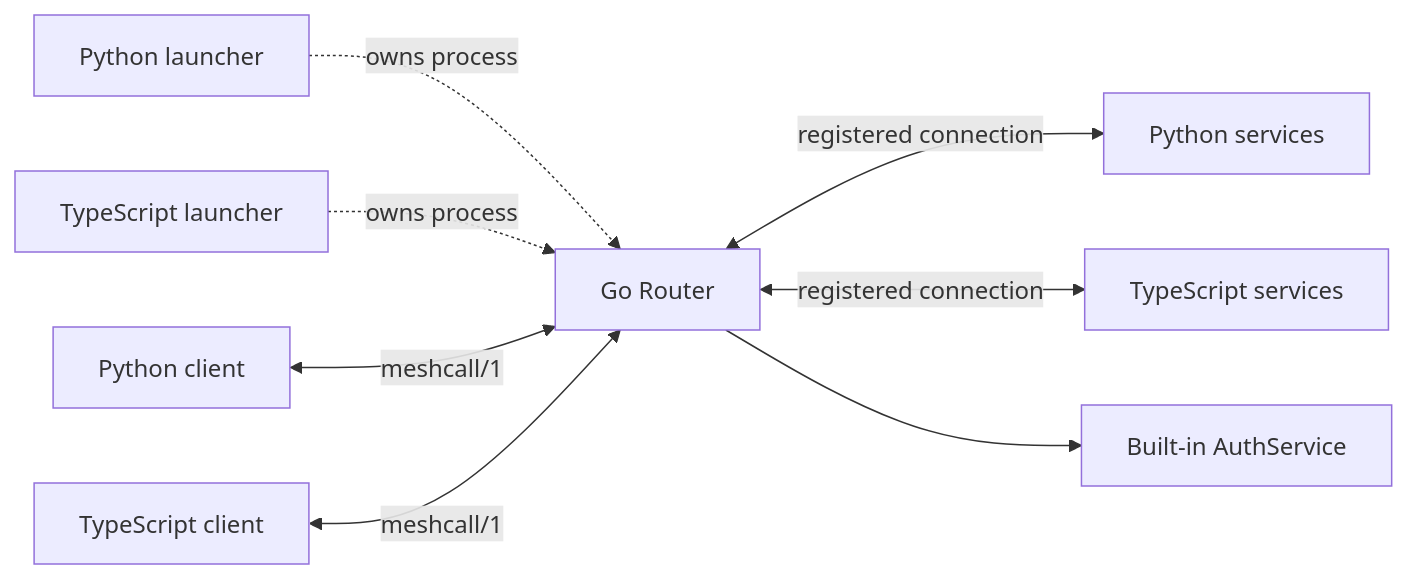
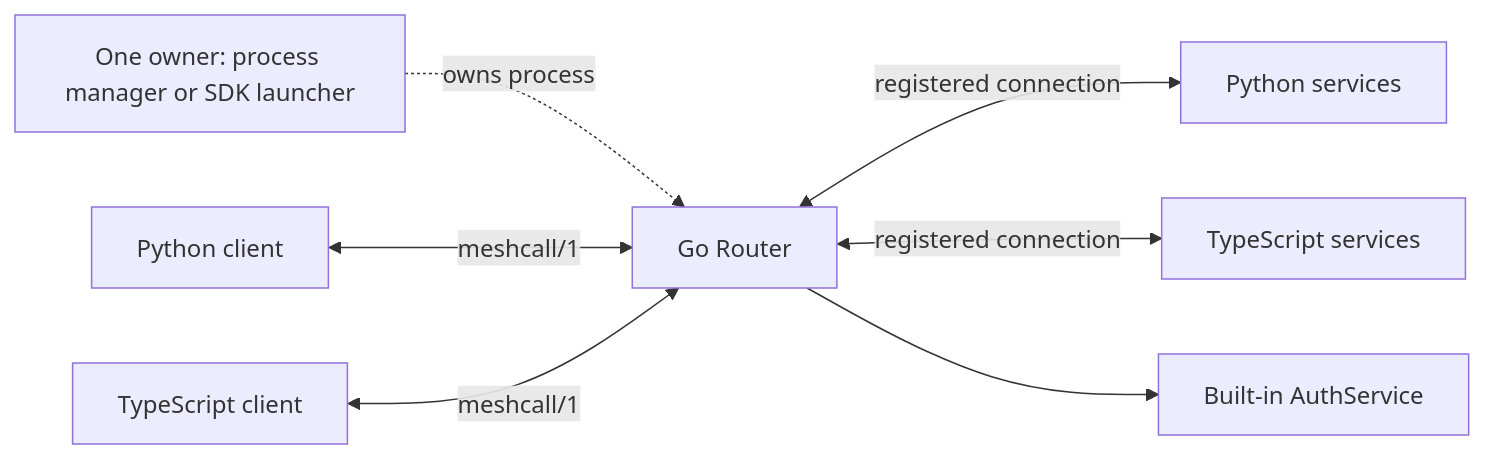
One commit to t4wefan/meshcall changed the diagram in docs/router.md. Above: the diagram before and after it, drawn with Mermaid. The commit also changed other lines of this file and 13 other files, not shown here.

Commit message:
docs: recommend Router and review SDK process startup

````diff
--- a/docs/router.md
+++ b/docs/router.md
@@ -8,10 +11,9 @@
 ```mermaid
 flowchart LR
-  PL[Python launcher] -. owns process .-> R[Go Router]
-  TL[TypeScript launcher] -. owns process .-> R
+  O[One owner: process manager or SDK launcher] -. owns process .-> R[Go Router]
   PC[Python client] <-->|meshcall/1| R
   TC[TypeScript client] <-->|meshcall/1| R
   R <-->|registered connection| PS[Python services]
   R <-->|registered connection| TS[TypeScript services]
   R --> A[Built-in AuthService]
 ```
````
